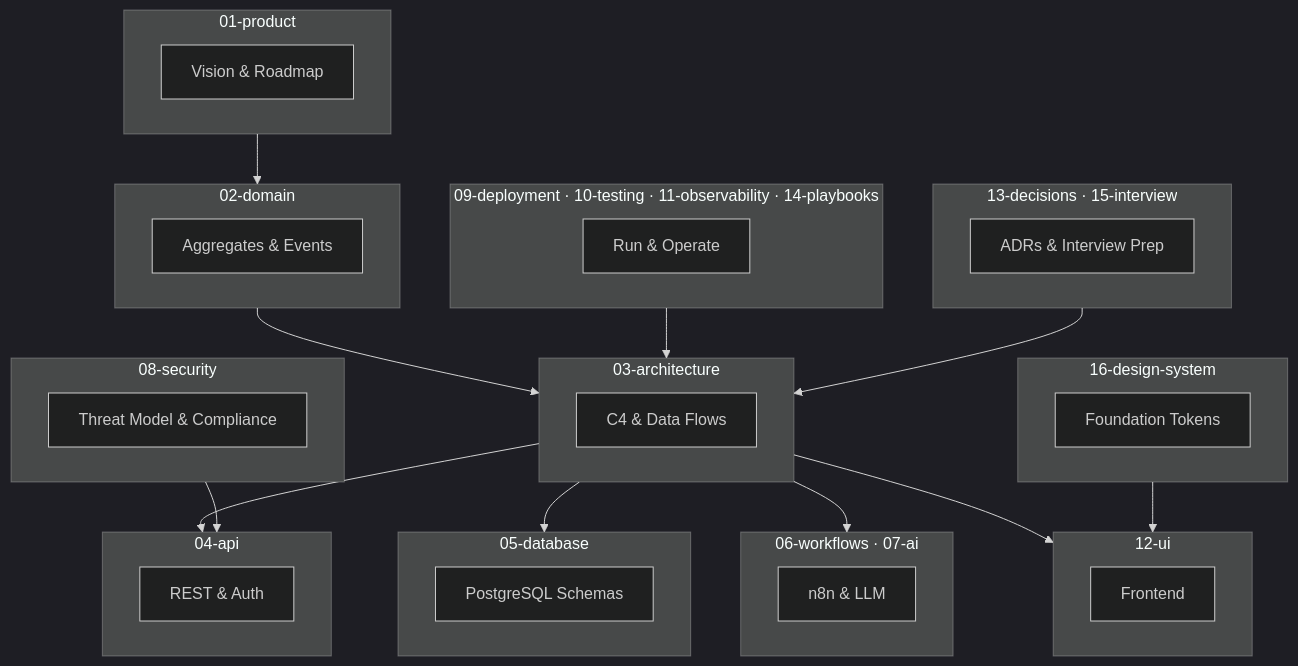
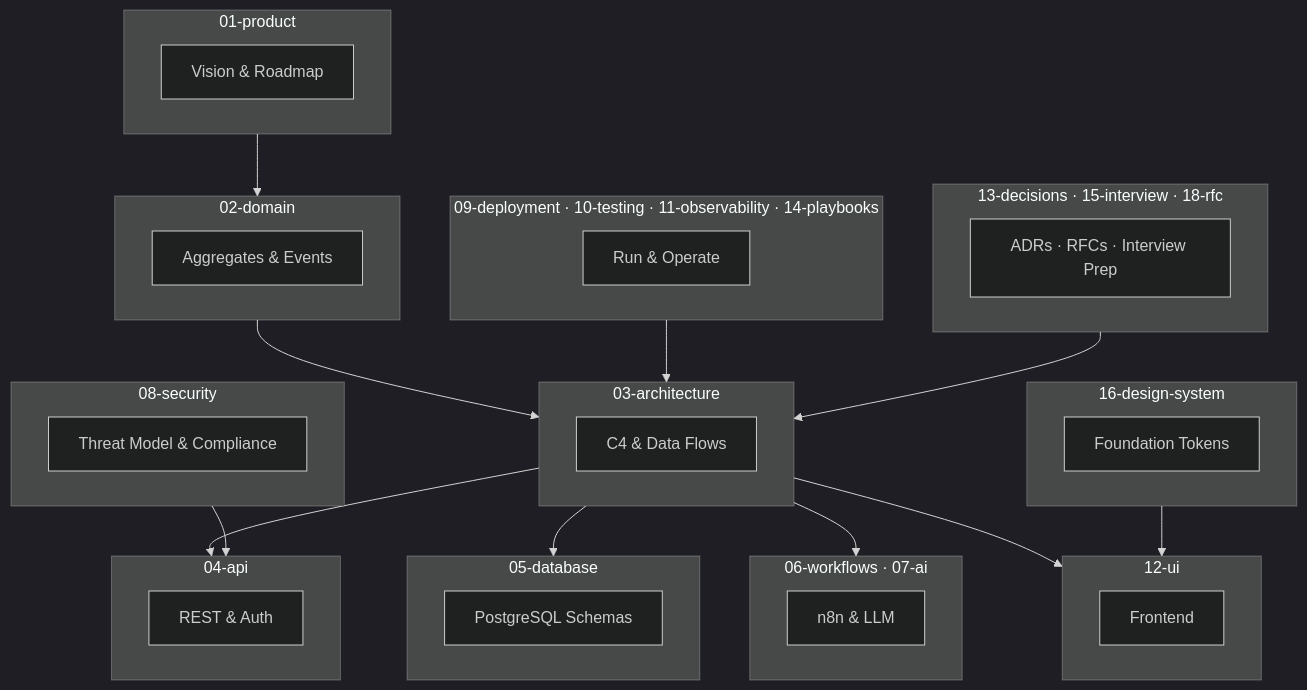
One commit to abhishekthatguy/luxflow-ai changed the diagram in docs/README.md. Above: the diagram before and after it, drawn with Mermaid (dark theme). The commit also changed other lines of this file and 37 other files, not shown here.

````diff
--- a/docs/README.md
+++ b/docs/README.md
@@ -13,53 +13,53 @@
 ```mermaid
 flowchart TB
     subgraph Product["01-product"]
         P1[Vision & Roadmap]
     end
 
     subgraph Domain["02-domain"]
         D1[Aggregates & Events]
     end
 
     subgraph Arch["03-architecture"]
         A1[C4 & Data Flows]
     end
 
     subgraph API["04-api"]
         API1[REST & Auth]
     end
 
     subgraph Data["05-database"]
         DB1[PostgreSQL Schemas]
     end
 
     subgraph Auto["06-workflows · 07-ai"]
         W1[n8n & LLM]
     end
 
     subgraph Sec["08-security"]
         S1[Threat Model & Compliance]
     end
 
     subgraph Ops["09-deployment · 10-testing · 11-observability · 14-playbooks"]
         O1[Run & Operate]
     end
 
     subgraph UI["12-ui"]
         U1[Frontend]
     end
 
     subgraph DS["16-design-system"]
         DS1[Foundation Tokens]
     end
 
-    subgraph Decisions["13-decisions · 15-interview"]
-        DEC[ADRs & Interview Prep]
+    subgraph Decisions["13-decisions · 15-interview · 18-rfc"]
+        DEC[ADRs · RFCs · Interview Prep]
     end
 
     Product --> Domain --> Arch
     Arch --> API & Data & Auto & UI
     DS --> UI
     Sec --> API
     Ops --> Arch
     Decisions --> Arch
 ```
````
